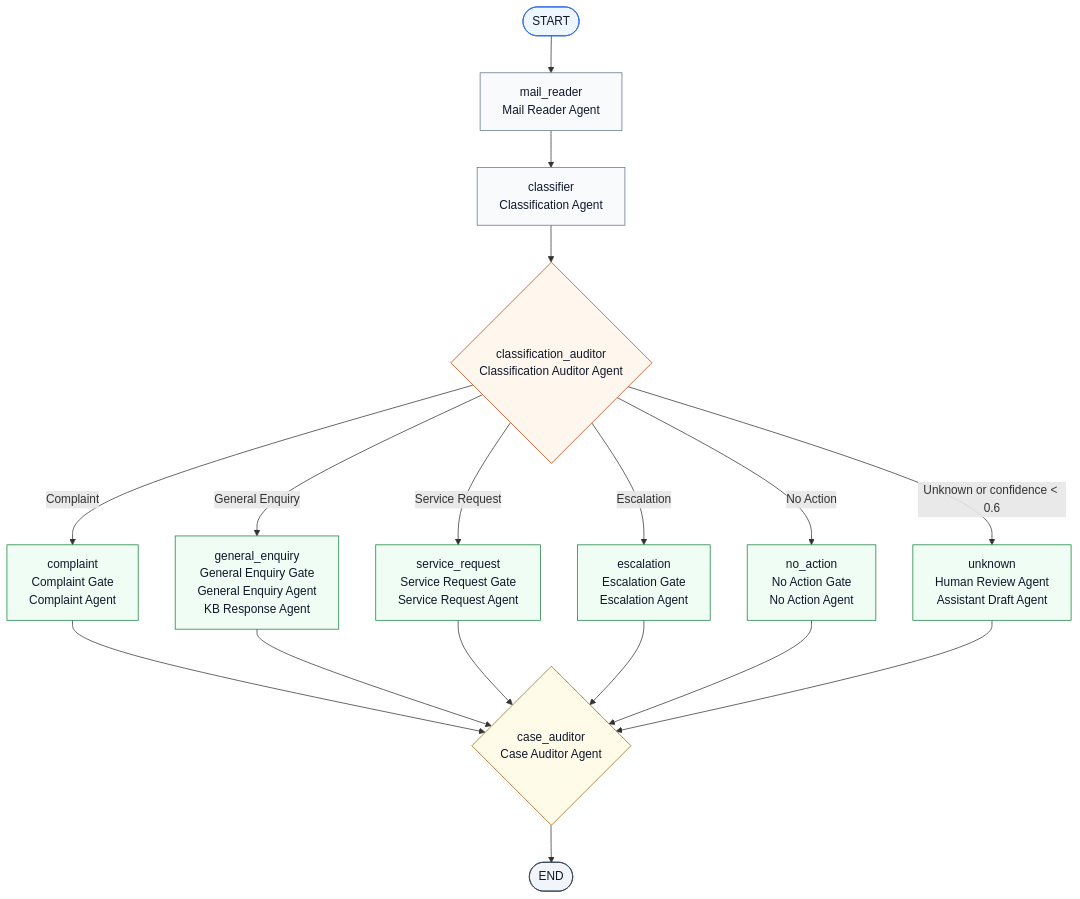
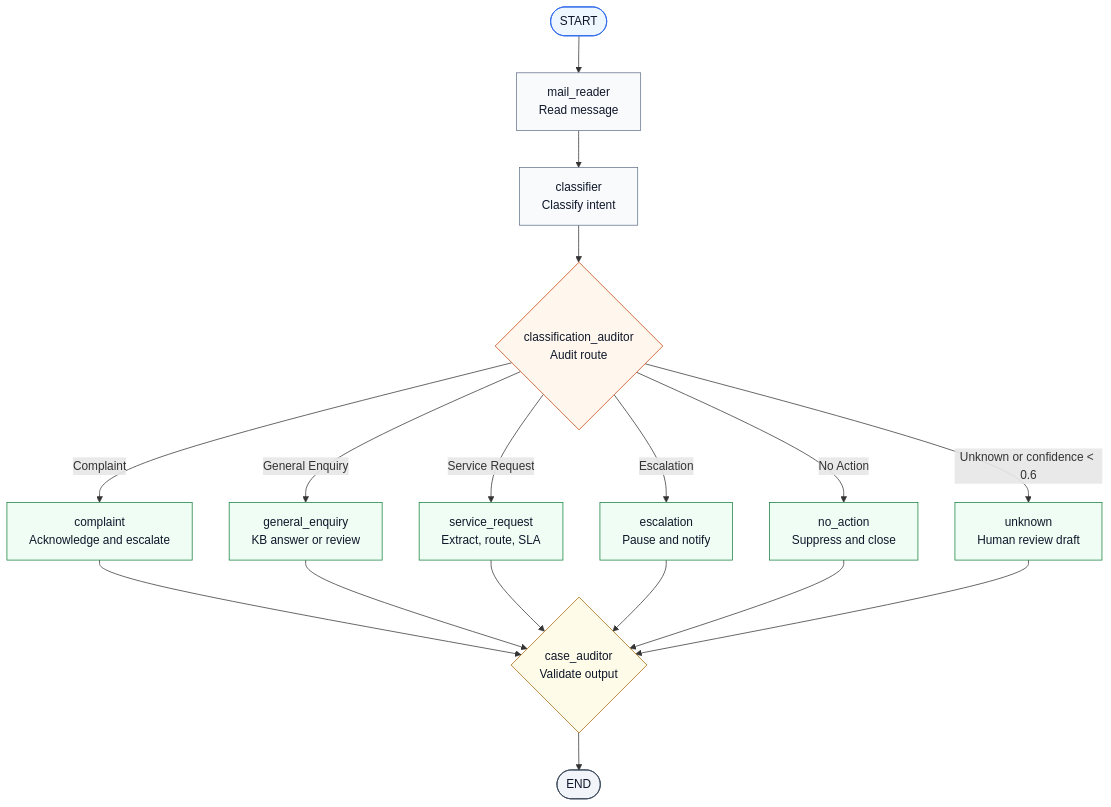
Before and after one commit to its-me-navee/Inbox-AI: the second of 4 diagrams in arch.md, drawn with Mermaid. The commit also changed 1 other file, not shown here.

Commit message:
improved readme and architecture diagram

````diff
--- a/arch.md
+++ b/arch.md
@@ -176,50 +176,50 @@
 ```mermaid
 flowchart TD
     start([START])
-    mailReader["mail_reader<br/>Mail Reader Agent"]
-    classifier["classifier<br/>Classification Agent"]
-    classificationAuditor{"classification_auditor<br/>Classification Auditor Agent"}
+    mailReader["mail_reader<br/>Read message"]
+    classifier["classifier<br/>Classify intent"]
+    classificationAuditor{"classification_auditor<br/>Audit route"}
 
-    complaint["complaint<br/>Complaint Gate<br/>Complaint Agent"]
-    generalEnquiry["general_enquiry<br/>General Enquiry Gate<br/>General Enquiry Agent<br/>KB Response Agent"]
-    serviceRequest["service_request<br/>Service Request Gate<br/>Service Request Agent"]
-    escalation["escalation<br/>Escalation Gate<br/>Escalation Agent"]
-    noAction["no_action<br/>No Action Gate<br/>No Action Agent"]
-    unknown["unknown<br/>Human Review Agent<br/>Assistant Draft Agent"]
+    complaint["complaint<br/>Acknowledge and escalate"]
+    generalEnquiry["general_enquiry<br/>KB answer or review"]
+    serviceRequest["service_request<br/>Extract, route, SLA"]
+    escalation["escalation<br/>Pause and notify"]
+    noAction["no_action<br/>Suppress and close"]
+    unknown["unknown<br/>Human review draft"]
 
-    caseAuditor{"case_auditor<br/>Case Auditor Agent"}
+    caseAuditor{"case_auditor<br/>Validate output"}
     finish([END])
 
     start --> mailReader
     mailReader --> classifier
     classifier --> classificationAuditor
 
     classificationAuditor -->|"Complaint"| complaint
     classificationAuditor -->|"General Enquiry"| generalEnquiry
     classificationAuditor -->|"Service Request"| serviceRequest
     classificationAuditor -->|"Escalation"| escalation
     classificationAuditor -->|"No Action"| noAction
     classificationAuditor -->|"Unknown or confidence < 0.6"| unknown
 
     complaint --> caseAuditor
     generalEnquiry --> caseAuditor
     serviceRequest --> caseAuditor
     escalation --> caseAuditor
     noAction --> caseAuditor
     unknown --> caseAuditor
     caseAuditor --> finish
 
     classDef entry fill:#eef6ff,stroke:#2563eb,color:#0f172a
     classDef intake fill:#f8fafc,stroke:#64748b,color:#0f172a
     classDef decision fill:#fff7ed,stroke:#c2410c,color:#0f172a
     classDef branch fill:#f0fdf4,stroke:#15803d,color:#0f172a
     classDef audit fill:#fefce8,stroke:#a16207,color:#0f172a
     classDef terminal fill:#f1f5f9,stroke:#334155,color:#0f172a
 
     class start entry
     class mailReader,classifier intake
     class classificationAuditor decision
     class complaint,generalEnquiry,serviceRequest,escalation,noAction,unknown branch
     class caseAuditor audit
     class finish terminal
 ```
````
